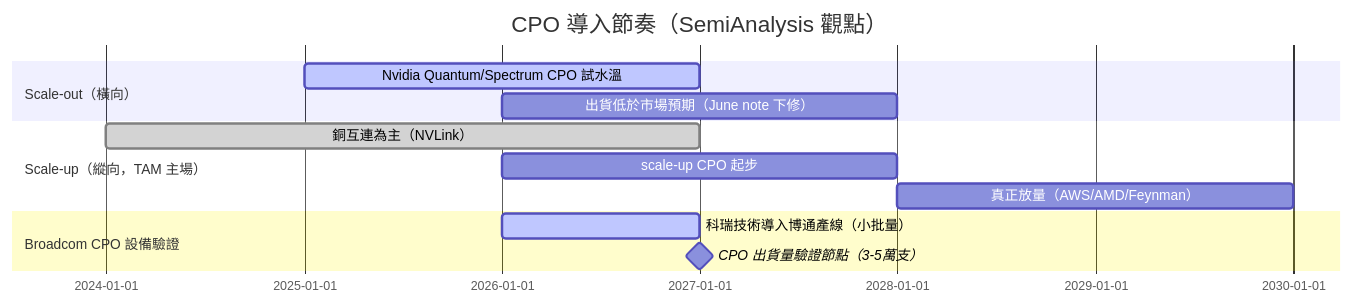
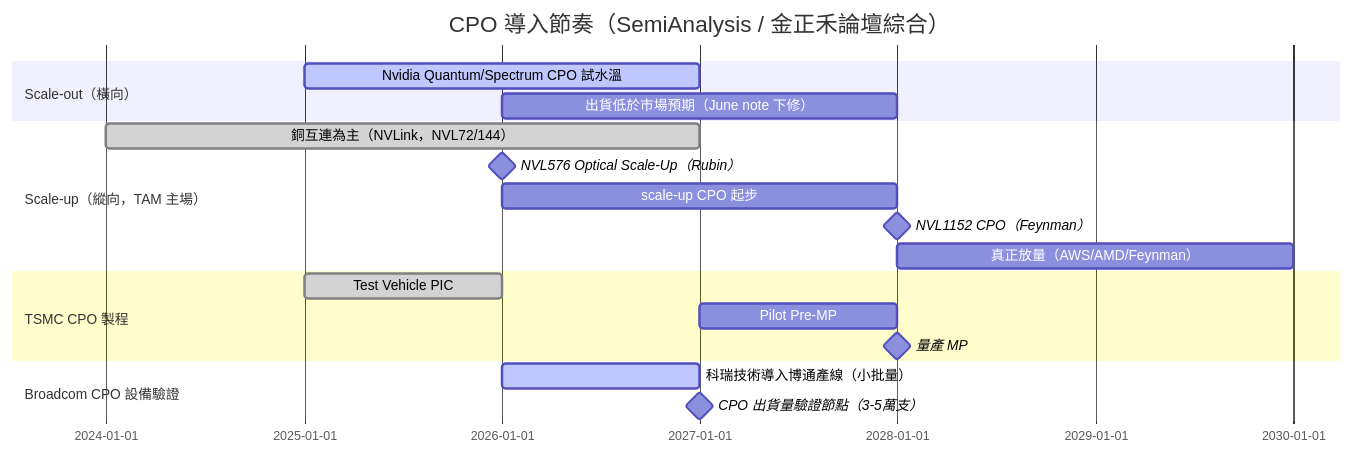
One commit to kevn950324/wiki_Stockv2 changed the diagram in content/lib/2.tech/技術_CPO.md. Above: the diagram before and after it, drawn with Mermaid. The commit also changed other lines of this file and 194 other files, not shown here.

````diff
--- a/content/lib/2.tech/技術_CPO.md
+++ b/content/lib/2.tech/技術_CPO.md
@@ -180,15 +215,21 @@
 ```mermaid
 gantt
-    title CPO 導入節奏（SemiAnalysis 觀點）
+    title CPO 導入節奏（SemiAnalysis / 金正禾論壇綜合）
     dateFormat YYYY
     section Scale-out（橫向）
     Nvidia Quantum/Spectrum CPO 試水溫 :active, 2025, 2027
     出貨低於市場預期（June note 下修）  :2026, 2028
     section Scale-up（縱向，TAM 主場）
-    銅互連為主（NVLink）              :done, 2024, 2027
+    銅互連為主（NVLink，NVL72/144）   :done, 2024, 2027
+    NVL576 Optical Scale-Up（Rubin）  :milestone, 2026, 2026
     scale-up CPO 起步                 :2026, 2028
+    NVL1152 CPO（Feynman）            :milestone, 2028, 2028
     真正放量（AWS/AMD/Feynman）       :2028, 2030
+    section TSMC CPO 製程
+    Test Vehicle PIC                  :done, 2025, 2026
+    Pilot Pre-MP                      :2027, 2028
+    量產 MP                           :milestone, 2028, 2028
     section Broadcom CPO 設備驗證
     科瑞技術導入博通產線（小批量）     :active, 2026, 2027
     CPO 出貨量驗證節點（3-5萬支）     :milestone, 2027, 2027
 ```
````
